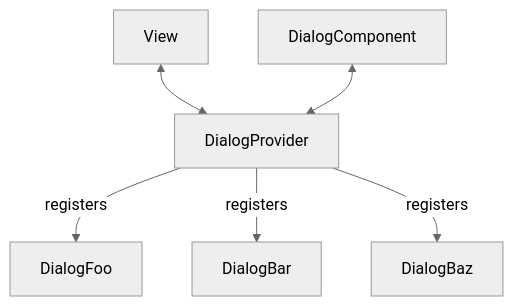
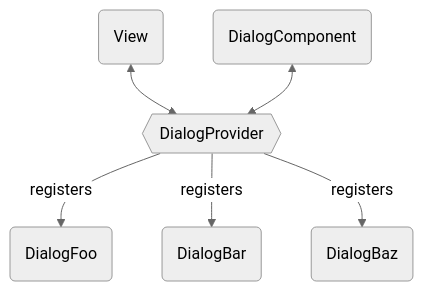
Before and after one commit to visualjerk/visualjerk-blog: the second of 2 diagrams in articles/vue-app-wide-modal-dialogs.md, drawn with Mermaid (neutral theme). The commit also changed other lines of this file, not shown here.

Commit message:
style flowcharts

````diff
--- a/articles/vue-app-wide-modal-dialogs.md
+++ b/articles/vue-app-wide-modal-dialogs.md
@@ -109,8 +109,8 @@
 ```mermaid
 flowchart TB
-  V[View] <--> P[DialogProvider]
-  C[DialogComponent] <--> P
-  P -- registers --> D1[DialogFoo]
-  P -- registers --> D2[DialogBar]
-  P -- registers --> D3[DialogBaz]
+  V(View) <--> P{{DialogProvider}}
+  C(DialogComponent) <--> P
+  P -- registers --> D1(DialogFoo)
+  P -- registers --> D2(DialogBar)
+  P -- registers --> D3(DialogBaz)
 ```
````
